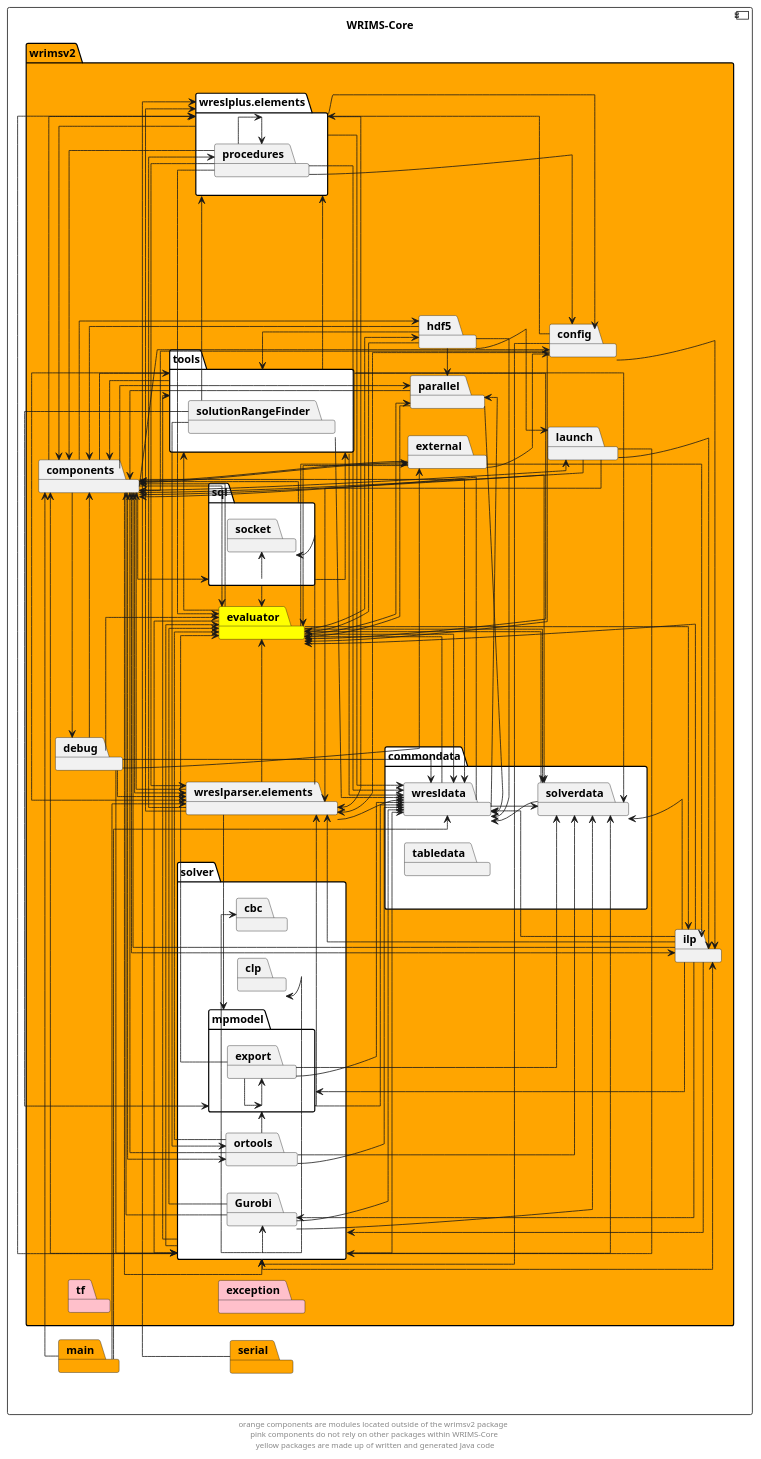
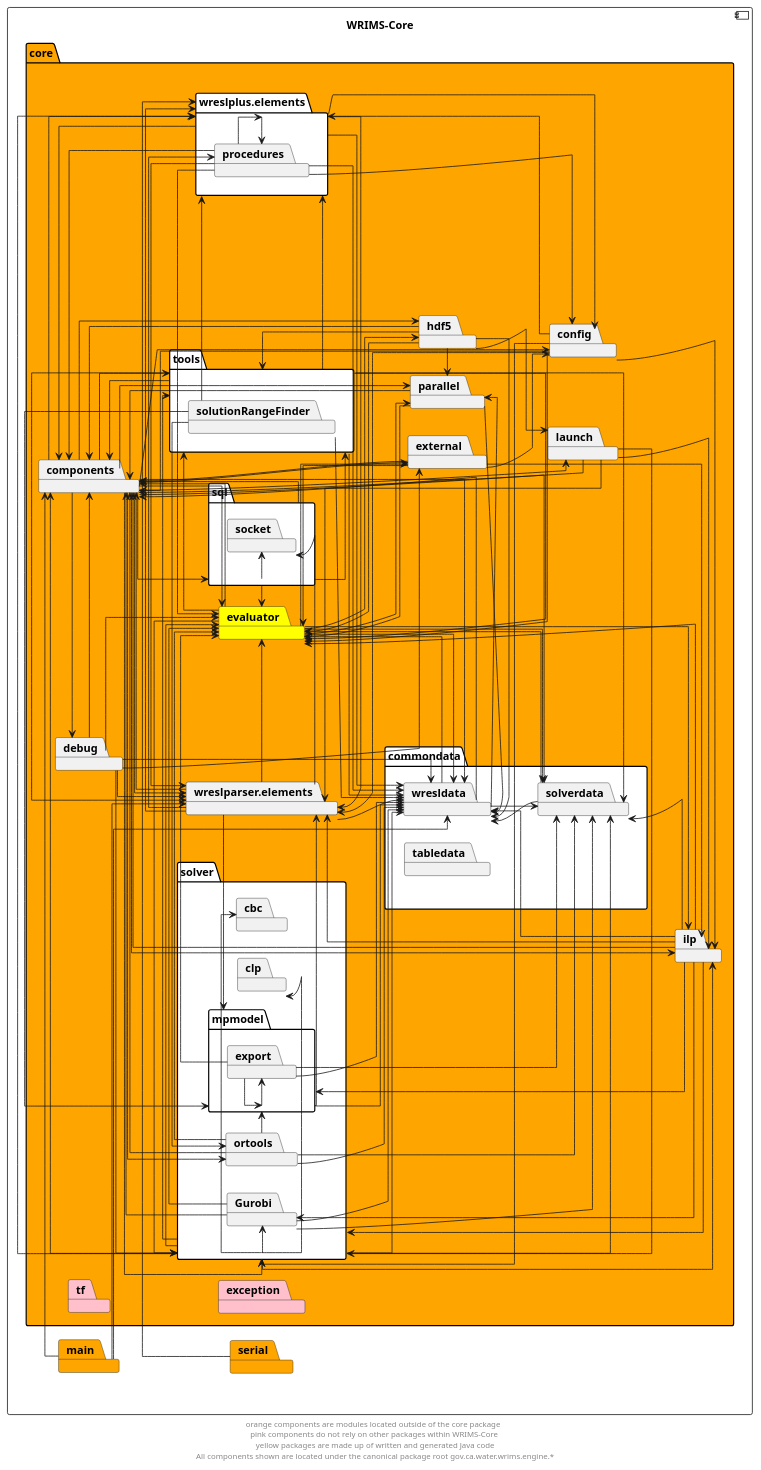
The diagram in docs/diagrams/wrims-core/wrims-core-interdeps.puml (CentralValleyModeling/wrims-engine), drawn with PlantUML before and after one commit. The commit also changed 464 other files, not shown here.

```diff
--- a/docs/diagrams/wrims-core/wrims-core-interdeps.puml
+++ b/docs/diagrams/wrims-core/wrims-core-interdeps.puml
@@ -5,7 +5,7 @@
 component wrims_core as "WRIMS-Core" {
     package main #orange
     package serial #orange
-    package wrimsv2 #orange {
+    package core #orange {
         package commondata #white {
             package solverdata
             package tabledata
@@ -203,6 +203,6 @@
 solver -d[hidden]-> commondata
 tf -d[hidden]-> exception
 
-footer "orange components are modules located outside of the wrimsv2 package \n pink components do not rely on other packages within WRIMS-Core \n yellow packages are made up of written and generated Java code"
+footer "orange components are modules located outside of the core package \n pink components do not rely on other packages within WRIMS-Core \n yellow packages are made up of written and generated Java code\n All components shown are located under the canonical package root gov.ca.water.wrims.engine.*"
 
 @enduml
```
